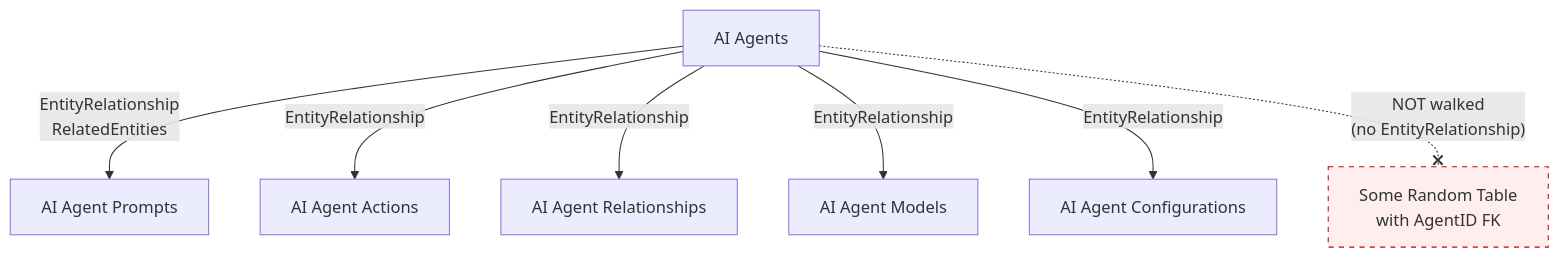
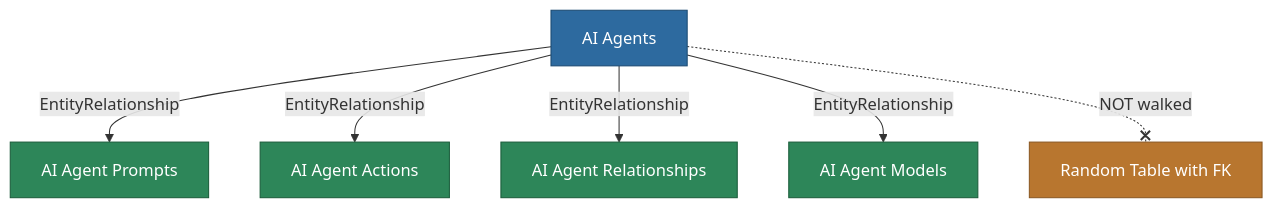
The third of 5 diagrams in packages/VersionHistory/README.md (MemberJunction/MJ), drawn with Mermaid before and after one commit. The commit also changed other lines of this file and 65 other files, not shown here.

````diff
--- a/packages/VersionHistory/README.md
+++ b/packages/VersionHistory/README.md
@@ -35,11 +121,15 @@
 ```mermaid
 graph TD
-    A[AI Agents] -->|"EntityRelationship<br/>RelatedEntities"| B[AI Agent Prompts]
-    A -->|EntityRelationship| C[AI Agent Actions]
-    A -->|EntityRelationship| D[AI Agent Relationships]
-    A -->|EntityRelationship| E[AI Agent Models]
-    A -->|EntityRelationship| F[AI Agent Configurations]
-    A -.-x|"NOT walked<br/>(no EntityRelationship)"| G[Some Random Table<br/>with AgentID FK]
+    A["AI Agents"] -->|"EntityRelationship"| B["AI Agent Prompts"]
+    A -->|"EntityRelationship"| C["AI Agent Actions"]
+    A -->|"EntityRelationship"| D["AI Agent Relationships"]
+    A -->|"EntityRelationship"| E["AI Agent Models"]
+    A -.-x|"NOT walked"| G["Random Table with FK"]
 
-    style G fill:#fee,stroke:#c00,stroke-dasharray: 5 5
+    style A fill:#2d6a9f,stroke:#1a4971,color:#fff
+    style B fill:#2d8659,stroke:#1a5c3a,color:#fff
+    style C fill:#2d8659,stroke:#1a5c3a,color:#fff
+    style D fill:#2d8659,stroke:#1a5c3a,color:#fff
+    style E fill:#2d8659,stroke:#1a5c3a,color:#fff
+    style G fill:#b8762f,stroke:#8a5722,color:#fff
 ```
````
